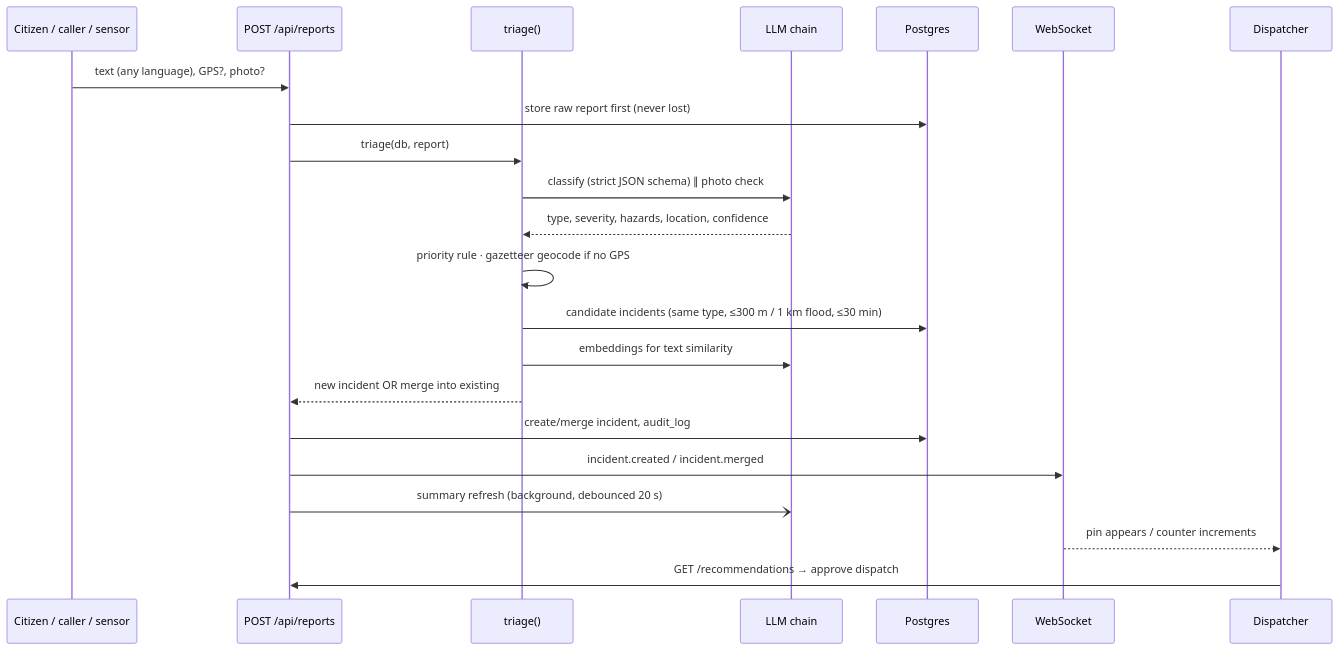
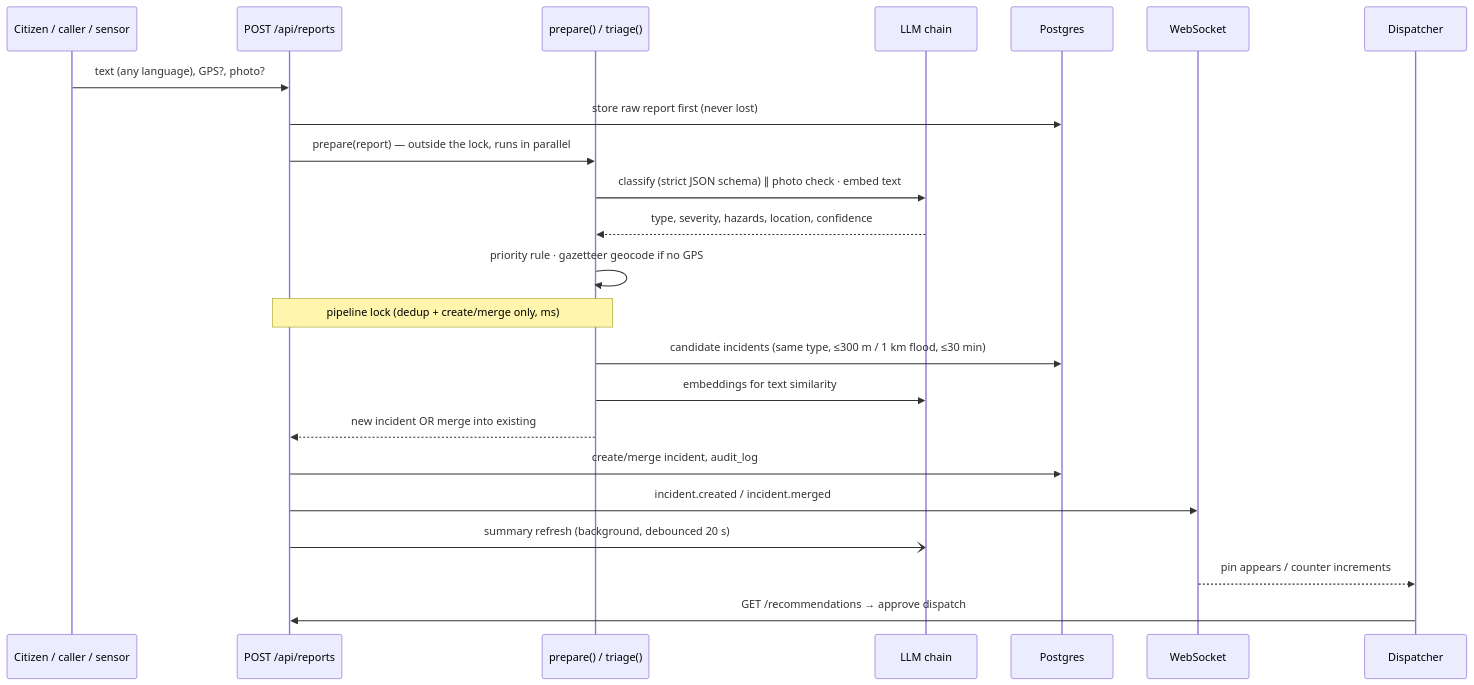
One commit to Dev12444/ResQNet changed the second of 3 diagrams in docs/ARCHITECTURE.md. Above: the diagram before and after it, drawn with Mermaid. The commit also changed other lines of this file, not shown here.

Commit message:
docs(architecture): ws publish(), parallel prepare() + locked dedup, pipeline.py

````diff
--- a/docs/ARCHITECTURE.md
+++ b/docs/ARCHITECTURE.md
@@ -74,25 +74,26 @@
 ```mermaid
 sequenceDiagram
     participant U as Citizen / caller / sensor
     participant API as POST /api/reports
-    participant T as triage()
+    participant T as prepare() / triage()
     participant AI as LLM chain
     participant DB as Postgres
     participant WS as WebSocket
     participant D as Dispatcher
 
     U->>API: text (any language), GPS?, photo?
     API->>DB: store raw report first (never lost)
-    API->>T: triage(db, report)
-    T->>AI: classify (strict JSON schema) ∥ photo check
+    API->>T: prepare(report) — outside the lock, runs in parallel
+    T->>AI: classify (strict JSON schema) ∥ photo check · embed text
     AI-->>T: type, severity, hazards, location, confidence
     T->>T: priority rule · gazetteer geocode if no GPS
+    Note over API,T: pipeline lock (dedup + create/merge only, ms)
     T->>DB: candidate incidents (same type, ≤300 m / 1 km flood, ≤30 min)
     T->>AI: embeddings for text similarity
     T-->>API: new incident OR merge into existing
     API->>DB: create/merge incident, audit_log
     API->>WS: incident.created / incident.merged
     API-)AI: summary refresh (background, debounced 20 s)
     WS-->>D: pin appears / counter increments
     D->>API: GET /recommendations → approve dispatch
 ```
````
